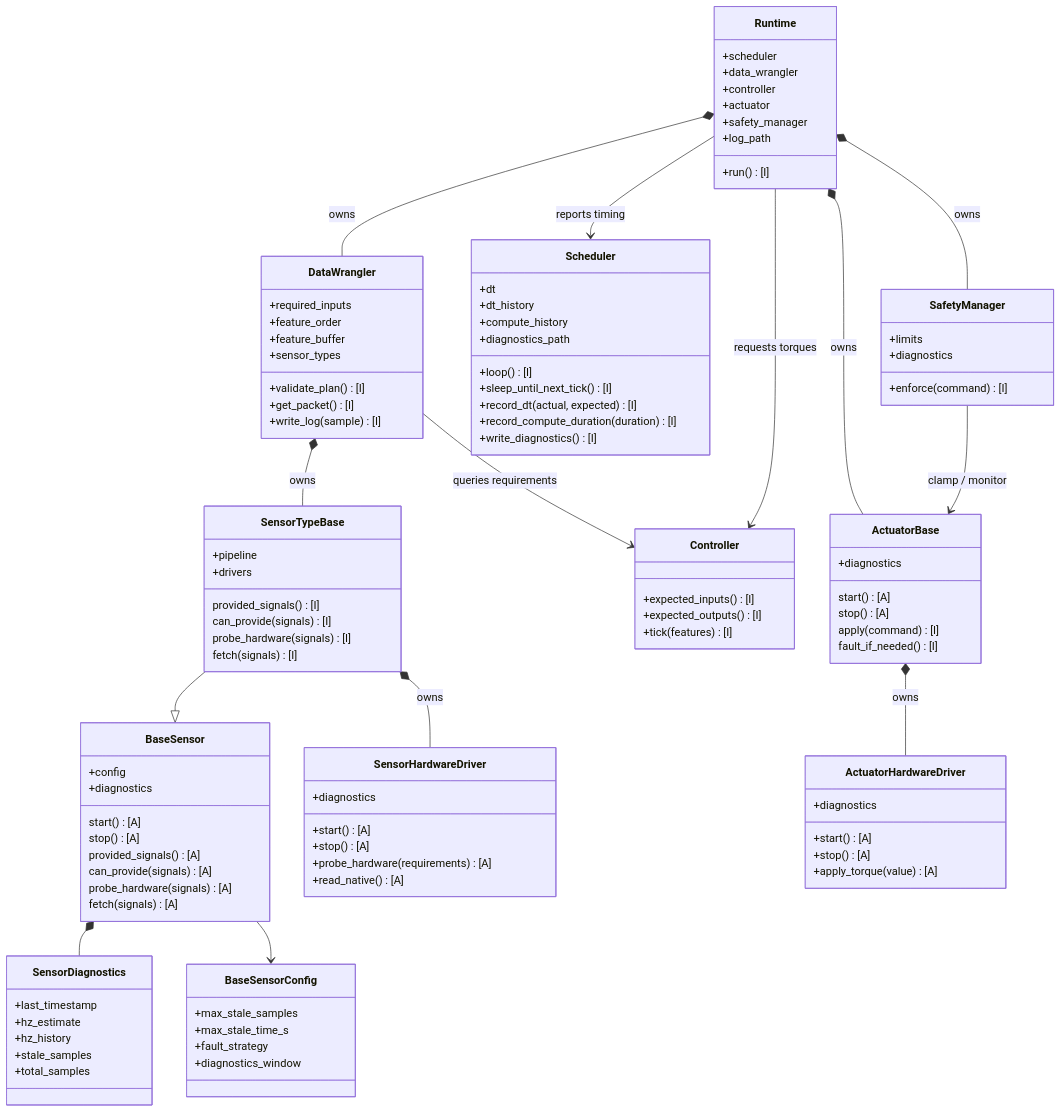
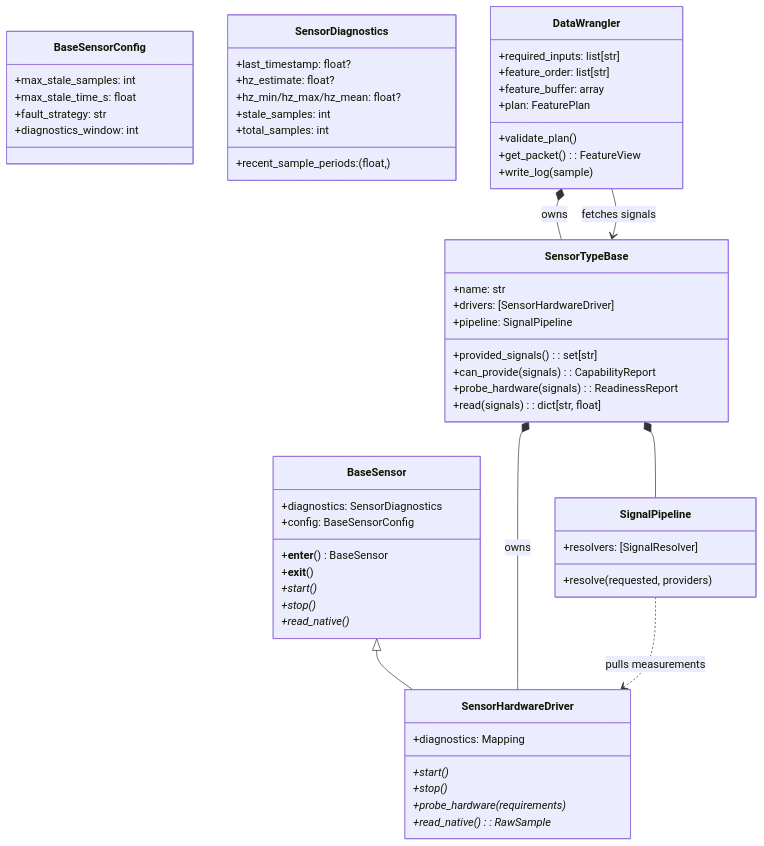
Before and after one commit to jmontp/raspberry-pi-controller-runtime: the fifth of 6 diagrams in docs/architecture.md, drawn with Mermaid. The commit also changed other lines of this file, not shown here.

Commit message:
docs: reorganize architecture flow diagrams

````diff
--- a/docs/architecture.md
+++ b/docs/architecture.md
@@ -144,110 +164,62 @@
 ```mermaid
 classDiagram
-%% Legend: [A] abstract  [I] implemented
+    class BaseSensorConfig {
+      +max_stale_samples: int
+      +max_stale_time_s: float
+      +fault_strategy: str
+      +diagnostics_window: int
+    }
+    class SensorDiagnostics {
+      +last_timestamp: float?
+      +hz_estimate: float?
+      +hz_min/hz_max/hz_mean: float?
+      +stale_samples: int
+      +total_samples: int
+      +recent_sample_periods: (float,)
+    }
+    class BaseSensor {
+      +__enter__() BaseSensor
+      +__exit__()
+      +start()*
+      +stop()*
+      +read_native()*
+      +diagnostics: SensorDiagnostics
+      +config: BaseSensorConfig
+    }
+    class SensorTypeBase {
+      +name: str
+      +drivers: [SensorHardwareDriver]
+      +pipeline: SignalPipeline
+      +provided_signals(): set[str]
+      +can_provide(signals): CapabilityReport
+      +probe_hardware(signals): ReadinessReport
+      +read(signals): dict[str, float]
+    }
+    class SensorHardwareDriver {
+      +start()*
+      +stop()*
+      +probe_hardware(requirements)*
+      +read_native(): RawSample*
+      +diagnostics: Mapping
+    }
+    class SignalPipeline {
+      +resolvers: [SignalResolver]
+      +resolve(requested, providers)
+    }
+    class DataWrangler {
+      +required_inputs: list[str]
+      +feature_order: list[str]
+      +feature_buffer: array
+      +plan: FeaturePlan
+      +validate_plan()
+      +get_packet(): FeatureView
+      +write_log(sample)
+    }
 
-class BaseSensorConfig {
-  +max_stale_samples
-  +max_stale_time_s
-  +fault_strategy
-  +diagnostics_window
-}
-class SensorDiagnostics {
-  +last_timestamp
-  +hz_estimate
-  +hz_history
-  +stale_samples
-  +total_samples
-}
-class BaseSensor {
-  +config
-  +diagnostics
-  start() [A]
-  stop() [A]
-  provided_signals() [A]
-  can_provide(signals) [A]
-  probe_hardware(signals) [A]
-  fetch(signals) [A]
-}
-class SensorTypeBase {
-  +pipeline
-  +drivers
-  provided_signals() [I]
-  can_provide(signals) [I]
-  probe_hardware(signals) [I]
-  fetch(signals) [I]
-}
-class SensorHardwareDriver {
-  +start() [A]
-  +stop() [A]
-  +probe_hardware(requirements) [A]
-  +read_native() [A]
-  +diagnostics
-}
-class DataWrangler {
-  +required_inputs
-  +feature_order
-  +feature_buffer
-  +sensor_types
-  +validate_plan() [I]
-  +get_packet() [I]
-  +write_log(sample) [I]
-}
-class Controller {
-  +expected_inputs()[I]
-  +expected_outputs()[I]
-  +tick(features)[I]
-}
-class Scheduler {
-  +dt
-  +loop()[I]
-  +sleep_until_next_tick()[I]
-  +record_dt(actual, expected)[I]
-  +record_compute_duration(duration)[I]
-  +dt_history
-  +compute_history
-  +diagnostics_path
-  +write_diagnostics() [I]
-}
-class ActuatorBase {
-  +diagnostics
-  start() [A]
-  stop() [A]
-  apply(command)[I]
-  fault_if_needed()[I]
-}
-class ActuatorHardwareDriver {
-  +start() [A]
-  +stop() [A]
-  +apply_torque(value)[A]
-  +diagnostics
-}
-class SafetyManager {
-  +limits
-  +enforce(command)[I]
-  +diagnostics
-}
-class Runtime {
-  +scheduler
-  +data_wrangler
-  +controller
-  +actuator
-  +safety_manager
-  +run()[I]
-  +log_path
-}
-
-BaseSensor *-- SensorDiagnostics
-BaseSensor --> BaseSensorConfig
-SensorTypeBase --|> BaseSensor
-SensorTypeBase *-- SensorHardwareDriver : owns
-DataWrangler *-- SensorTypeBase : owns
-DataWrangler --> Controller : queries requirements
-Runtime *-- DataWrangler : owns
-Runtime *-- SafetyManager : owns
-Runtime *-- ActuatorBase : owns
-ActuatorBase *-- ActuatorHardwareDriver : owns
-Runtime --> Controller : requests torques
-Runtime --> Scheduler : reports timing
-SafetyManager --> ActuatorBase : clamp / monitor
-
+    BaseSensor <|-- SensorHardwareDriver
+    SensorTypeBase *-- SensorHardwareDriver : owns
+    SensorTypeBase *-- SignalPipeline
+    SignalPipeline ..> SensorHardwareDriver : pulls measurements
+    DataWrangler *-- SensorTypeBase : owns
+    DataWrangler --> SensorTypeBase : fetches signals
 ```
````
